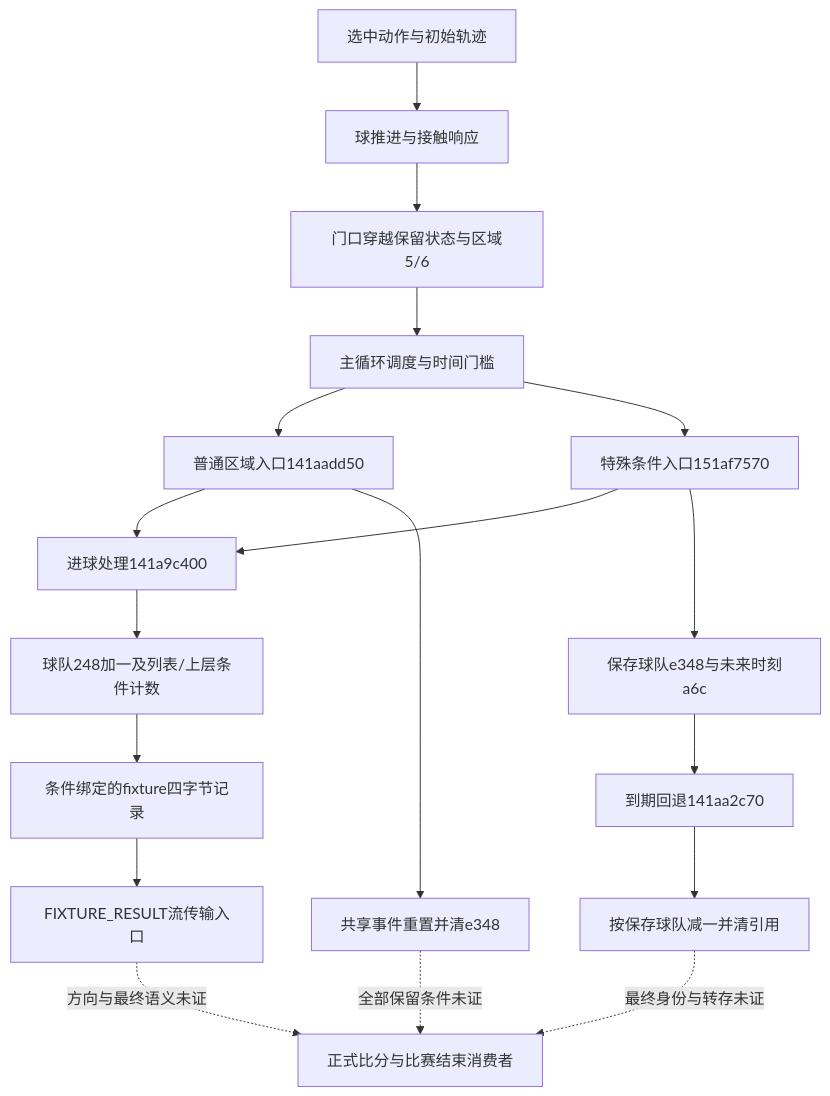
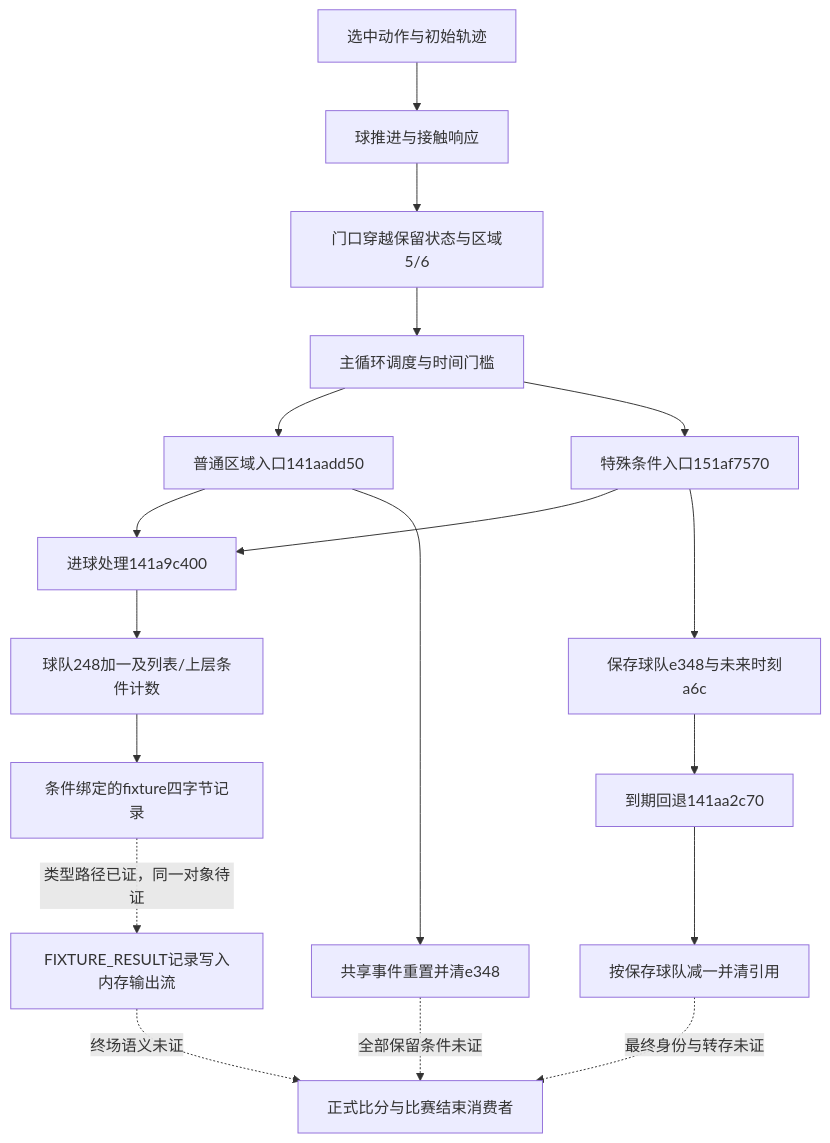
Before and after one commit to appleface2050/FM24-Engine-Research: the diagram in RESEARCH_MAP.md, drawn with Mermaid. The commit also changed other lines of this file and 7 other files, not shown here.

````diff
--- a/RESEARCH_MAP.md
+++ b/RESEARCH_MAP.md
@@ -20,20 +20,20 @@
 ```mermaid
 flowchart TD
     A[选中动作与初始轨迹] --> B[球推进与接触响应]
     B --> C[门口穿越保留状态与区域5/6]
     C --> D[主循环调度与时间门槛]
     D --> E[普通区域入口141aadd50]
     E --> F[进球处理141a9c400]
     F --> G[球队248加一及列表/上层条件计数]
     E --> H[共享事件重置并清e348]
     D --> I[特殊条件入口151af7570]
     I --> F
     I --> J[保存球队e348与未来时刻a6c]
     J --> K[到期回退141aa2c70]
     K --> L[按保存球队减一并清引用]
     G --> N[条件绑定的fixture四字节记录]
-    N --> O[FIXTURE_RESULT流传输入口]
-    O -. 方向与最终语义未证 .-> M[正式比分与比赛结束消费者]
+    N -. 类型路径已证，同一对象待证 .-> O[FIXTURE_RESULT记录写入内存输出流]
+    O -. 终场语义未证 .-> M[正式比分与比赛结束消费者]
     L -. 最终身份与转存未证 .-> M
     H -. 全部保留条件未证 .-> M
 ```
````
